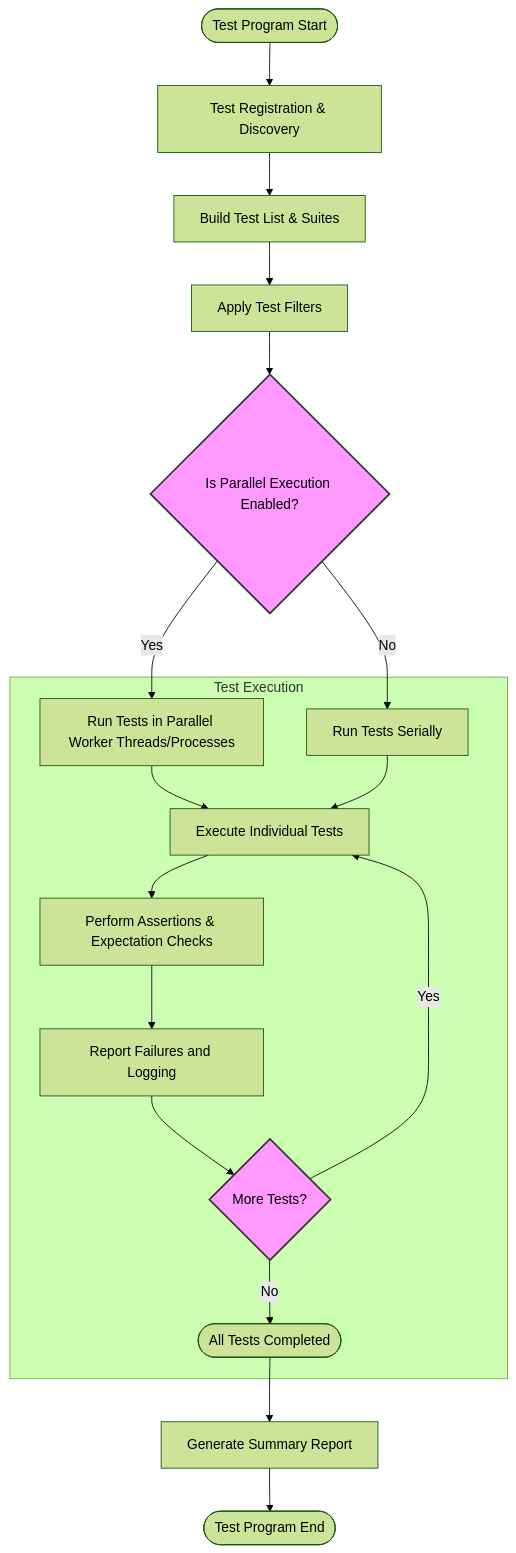
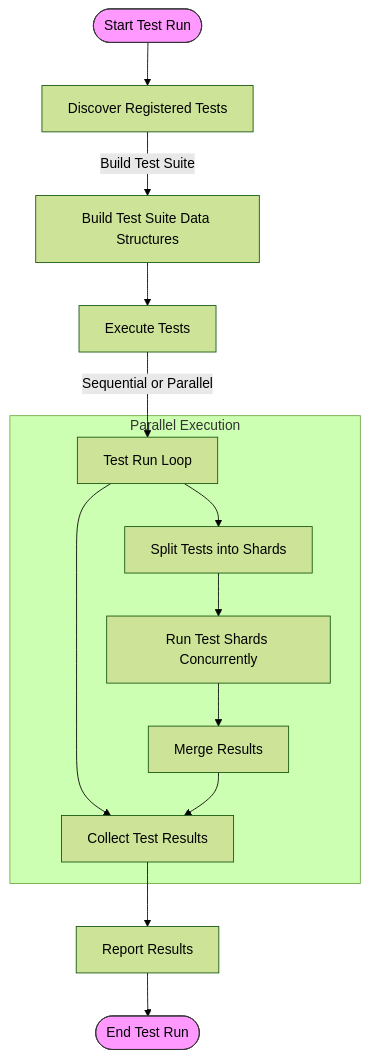
Before and after one commit to clidey/docucod-public-project-869ef7c3-7eff-4ad2-9765-2698303f14d7: the diagram in concepts/integration-and-scalability/scalability-and-performance.mdx, drawn with Mermaid (forest theme). The commit also changed other lines of this file and 56 other files, not shown here.

````diff
--- a/concepts/integration-and-scalability/scalability-and-performance.mdx
+++ b/concepts/integration-and-scalability/scalability-and-performance.mdx
@@ -151,27 +101,22 @@
 ```mermaid
 flowchart TD
-  Start([Test Program Start]) --> RegisterTests["Test Registration & Discovery"]
-  RegisterTests --> BuildTestList["Build Test List & Suites"]
-  BuildTestList --> FilterTests["Apply Test Filters"]
-  FilterTests --> ParallelRun{Is Parallel Execution Enabled?}
+  Start([Start Test Run]) --> DiscoverTests["Discover Registered Tests"]
+  DiscoverTests -->|Build Test Suite| BuildSuite["Build Test Suite Data Structures"]
+  BuildSuite --> ExecuteTests["Execute Tests"]
+  ExecuteTests -->|Sequential or Parallel| RunLoop["Test Run Loop"]
+  RunLoop --> CollectResults["Collect Test Results"]
+  CollectResults --> ReportResults["Report Results"]
+  ReportResults --> End([End Test Run])
 
-  ParallelRun -- Yes --> RunTestsInParallel["Run Tests in Parallel Worker Threads/Processes"]
-  ParallelRun -- No --> RunTestsSerially["Run Tests Serially"]
-
-  subgraph Test Execution
-    RunTestsInParallel --> ExecTests["Execute Individual Tests"]
-    RunTestsSerially --> ExecTests
-
-    ExecTests --> VerifyAssertions["Perform Assertions & Expectation Checks"]
-    VerifyAssertions --> HandleFailures["Report Failures and Logging"]
-    HandleFailures --> NextTest{More Tests?}
-    NextTest -- Yes --> ExecTests
-    NextTest -- No --> Completed([All Tests Completed])
+  %% Parallel Branch
+  subgraph Parallel Execution
+    RunLoop --> ParallelSplit["Split Tests into Shards"]
+    ParallelSplit --> ParallelWorkers["Run Test Shards Concurrently"]
+    ParallelWorkers --> MergeResults["Merge Results"]
+    MergeResults --> CollectResults
   end
 
-  Completed --> ReportResults["Generate Summary Report"]
-  ReportResults --> End([Test Program End])
-
-  classDef decision fill:#f9f,stroke:#333,stroke-width:2px;
-  class ParallelRun,NextTest decision;
+  %% Styling
+  classDef process fill:#f9f,stroke:#333,stroke-width:1px;
+  class Start,End process;
 ```
````
